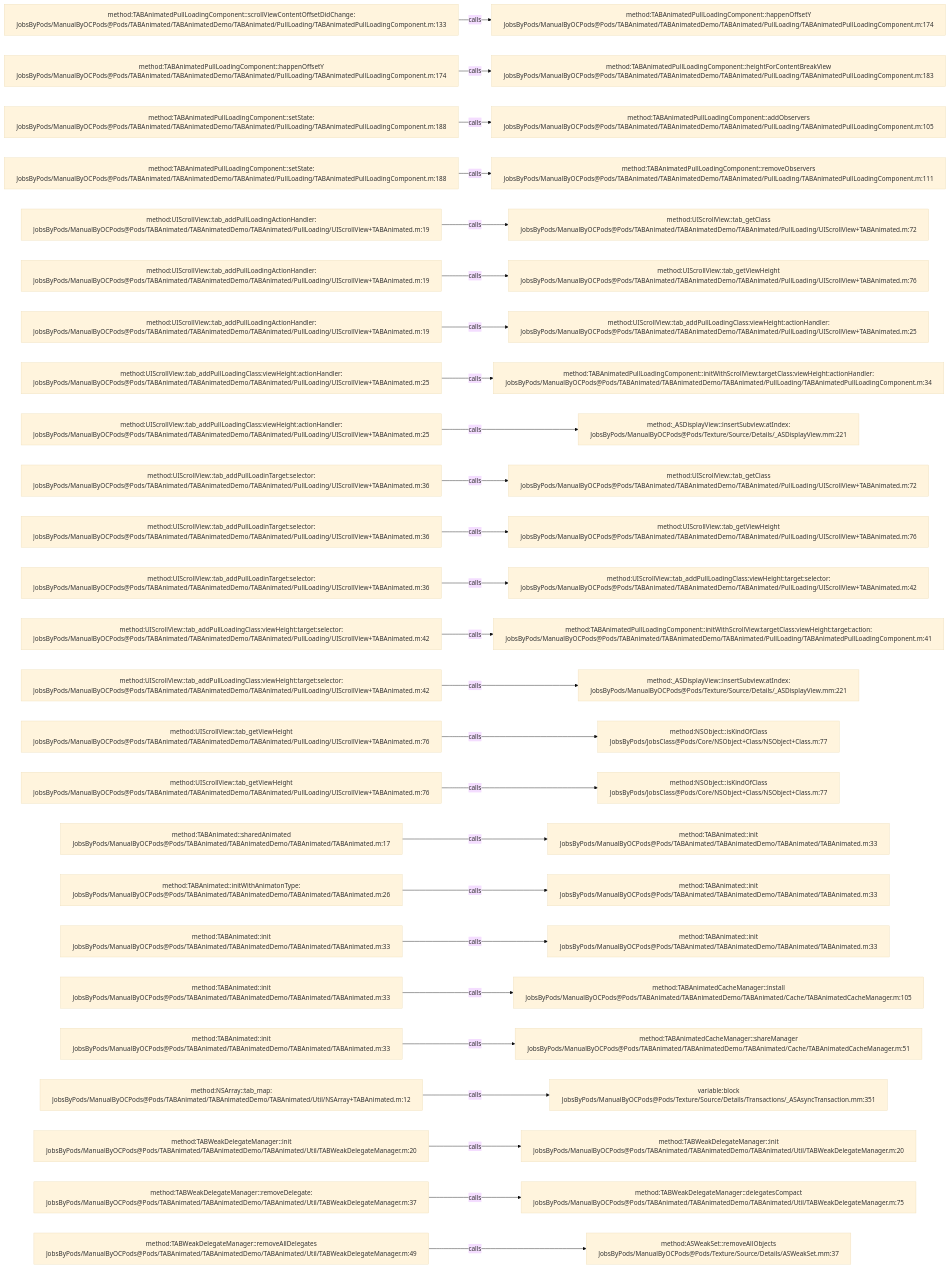
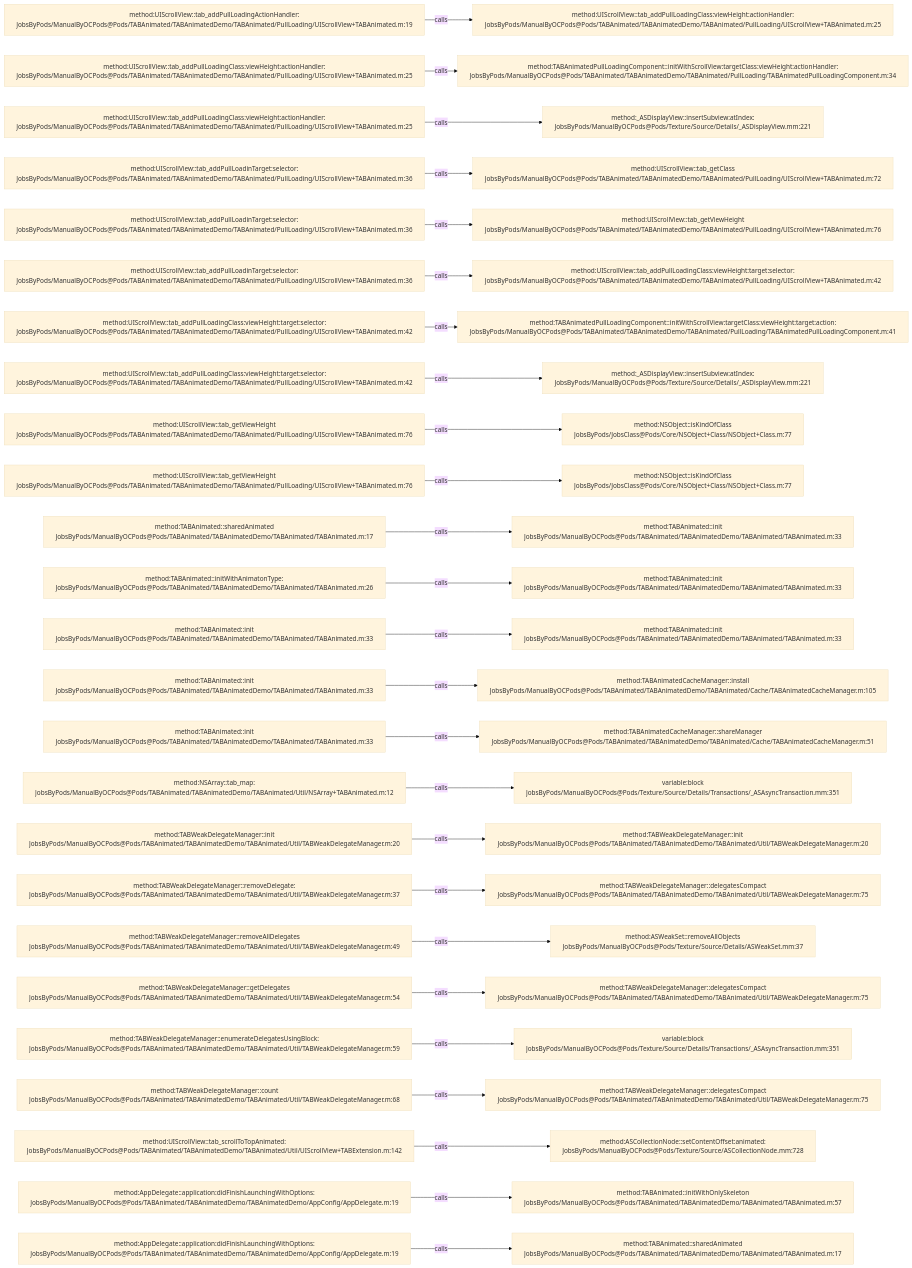
The diagram in .codegraph/codegraph.md/graphs/calls-031.md (JobsKits/JobsOCBaseConfigDemo), drawn with Mermaid (base theme) before and after one commit. The commit also changed 666 other files, not shown here.

````diff
--- a/.codegraph/codegraph.md/graphs/calls-031.md
+++ b/.codegraph/codegraph.md/graphs/calls-031.md
@@ -13,78 +13,78 @@
 ```mermaid
 flowchart LR
-  S1["method:TABAnimatedPullLoadingComponent::scrollViewContentOffsetDidChange:<br/>JobsByPods/ManualByOCPods@Pods/TABAnimated/TABAnimatedDemo/TABAnimated/PullLoading/TABAnimatedPullLoadingComponent.m:133"]
-  T1["method:TABAnimatedPullLoadingComponent::happenOffsetY<br/>JobsByPods/ManualByOCPods@Pods/TABAnimated/TABAnimatedDemo/TABAnimated/PullLoading/TABAnimatedPullLoadingComponent.m:174"]
+  S1["method:UIScrollView::tab_addPullLoadingActionHandler:<br/>JobsByPods/ManualByOCPods@Pods/TABAnimated/TABAnimatedDemo/TABAnimated/PullLoading/UIScrollView+TABAnimated.m:19"]
+  T1["method:UIScrollView::tab_addPullLoadingClass:viewHeight:actionHandler:<br/>JobsByPods/ManualByOCPods@Pods/TABAnimated/TABAnimatedDemo/TABAnimated/PullLoading/UIScrollView+TABAnimated.m:25"]
   S1 -->|calls| T1
-  S2["method:TABAnimatedPullLoadingComponent::happenOffsetY<br/>JobsByPods/ManualByOCPods@Pods/TABAnimated/TABAnimatedDemo/TABAnimated/PullLoading/TABAnimatedPullLoadingComponent.m:174"]
-  T2["method:TABAnimatedPullLoadingComponent::heightForContentBreakView<br/>JobsByPods/ManualByOCPods@Pods/TABAnimated/TABAnimatedDemo/TABAnimated/PullLoading/TABAnimatedPullLoadingComponent.m:183"]
+  S2["method:UIScrollView::tab_addPullLoadingClass:viewHeight:actionHandler:<br/>JobsByPods/ManualByOCPods@Pods/TABAnimated/TABAnimatedDemo/TABAnimated/PullLoading/UIScrollView+TABAnimated.m:25"]
+  T2["method:TABAnimatedPullLoadingComponent::initWithScrollView:targetClass:viewHeight:actionHandler:<br/>JobsByPods/ManualByOCPods@Pods/TABAnimated/TABAnimatedDemo/TABAnimated/PullLoading/TABAnimatedPullLoadingComponent.m:34"]
   S2 -->|calls| T2
-  S3["method:TABAnimatedPullLoadingComponent::setState:<br/>JobsByPods/ManualByOCPods@Pods/TABAnimated/TABAnimatedDemo/TABAnimated/PullLoading/TABAnimatedPullLoadingComponent.m:188"]
-  T3["method:TABAnimatedPullLoadingComponent::addObservers<br/>JobsByPods/ManualByOCPods@Pods/TABAnimated/TABAnimatedDemo/TABAnimated/PullLoading/TABAnimatedPullLoadingComponent.m:105"]
+  S3["method:UIScrollView::tab_addPullLoadingClass:viewHeight:actionHandler:<br/>JobsByPods/ManualByOCPods@Pods/TABAnimated/TABAnimatedDemo/TABAnimated/PullLoading/UIScrollView+TABAnimated.m:25"]
+  T3["method:_ASDisplayView::insertSubview:atIndex:<br/>JobsByPods/ManualByOCPods@Pods/Texture/Source/Details/_ASDisplayView.mm:221"]
   S3 -->|calls| T3
-  S4["method:TABAnimatedPullLoadingComponent::setState:<br/>JobsByPods/ManualByOCPods@Pods/TABAnimated/TABAnimatedDemo/TABAnimated/PullLoading/TABAnimatedPullLoadingComponent.m:188"]
-  T4["method:TABAnimatedPullLoadingComponent::removeObservers<br/>JobsByPods/ManualByOCPods@Pods/TABAnimated/TABAnimatedDemo/TABAnimated/PullLoading/TABAnimatedPullLoadingComponent.m:111"]
+  S4["method:UIScrollView::tab_addPullLoadinTarget:selector:<br/>JobsByPods/ManualByOCPods@Pods/TABAnimated/TABAnimatedDemo/TABAnimated/PullLoading/UIScrollView+TABAnimated.m:36"]
+  T4["method:UIScrollView::tab_getClass<br/>JobsByPods/ManualByOCPods@Pods/TABAnimated/TABAnimatedDemo/TABAnimated/PullLoading/UIScrollView+TABAnimated.m:72"]
   S4 -->|calls| T4
-  S5["method:UIScrollView::tab_addPullLoadingActionHandler:<br/>JobsByPods/ManualByOCPods@Pods/TABAnimated/TABAnimatedDemo/TABAnimated/PullLoading/UIScrollView+TABAnimated.m:19"]
-  T5["method:UIScrollView::tab_getClass<br/>JobsByPods/ManualByOCPods@Pods/TABAnimated/TABAnimatedDemo/TABAnimated/PullLoading/UIScrollView+TABAnimated.m:72"]
+  S5["method:UIScrollView::tab_addPullLoadinTarget:selector:<br/>JobsByPods/ManualByOCPods@Pods/TABAnimated/TABAnimatedDemo/TABAnimated/PullLoading/UIScrollView+TABAnimated.m:36"]
+  T5["method:UIScrollView::tab_getViewHeight<br/>JobsByPods/ManualByOCPods@Pods/TABAnimated/TABAnimatedDemo/TABAnimated/PullLoading/UIScrollView+TABAnimated.m:76"]
   S5 -->|calls| T5
-  S6["method:UIScrollView::tab_addPullLoadingActionHandler:<br/>JobsByPods/ManualByOCPods@Pods/TABAnimated/TABAnimatedDemo/TABAnimated/PullLoading/UIScrollView+TABAnimated.m:19"]
-  T6["method:UIScrollView::tab_getViewHeight<br/>JobsByPods/ManualByOCPods@Pods/TABAnimated/TABAnimatedDemo/TABAnimated/PullLoading/UIScrollView+TABAnimated.m:76"]
+  S6["method:UIScrollView::tab_addPullLoadinTarget:selector:<br/>JobsByPods/ManualByOCPods@Pods/TABAnimated/TABAnimatedDemo/TABAnimated/PullLoading/UIScrollView+TABAnimated.m:36"]
+  T6["method:UIScrollView::tab_addPullLoadingClass:viewHeight:target:selector:<br/>JobsByPods/ManualByOCPods@Pods/TABAnimated/TABAnimatedDemo/TABAnimated/PullLoading/UIScrollView+TABAnimated.m:42"]
   S6 -->|calls| T6
-  S7["method:UIScrollView::tab_addPullLoadingActionHandler:<br/>JobsByPods/ManualByOCPods@Pods/TABAnimated/TABAnimatedDemo/TABAnimated/PullLoading/UIScrollView+TABAnimated.m:19"]
-  T7["method:UIScrollView::tab_addPullLoadingClass:viewHeight:actionHandler:<br/>JobsByPods/ManualByOCPods@Pods/TABAnimated/TABAnimatedDemo/TABAnimated/PullLoading/UIScrollView+TABAnimated.m:25"]
+  S7["method:UIScrollView::tab_addPullLoadingClass:viewHeight:target:selector:<br/>JobsByPods/ManualByOCPods@Pods/TABAnimated/TABAnimatedDemo/TABAnimated/PullLoading/UIScrollView+TABAnimated.m:42"]
+  T7["method:TABAnimatedPullLoadingComponent::initWithScrollView:targetClass:viewHeight:target:action:<br/>JobsByPods/ManualByOCPods@Pods/TABAnimated/TABAnimatedDemo/TABAnimated/PullLoading/TABAnimatedPullLoadingComponent.m:41"]
   S7 -->|calls| T7
-  S8["method:UIScrollView::tab_addPullLoadingClass:viewHeight:actionHandler:<br/>JobsByPods/ManualByOCPods@Pods/TABAnimated/TABAnimatedDemo/TABAnimated/PullLoading/UIScrollView+TABAnimated.m:25"]
-  T8["method:TABAnimatedPullLoadingComponent::initWithScrollView:targetClass:viewHeight:actionHandler:<br/>JobsByPods/ManualByOCPods@Pods/TABAnimated/TABAnimatedDemo/TABAnimated/PullLoading/TABAnimatedPullLoadingComponent.m:34"]
+  S8["method:UIScrollView::tab_addPullLoadingClass:viewHeight:target:selector:<br/>JobsByPods/ManualByOCPods@Pods/TABAnimated/TABAnimatedDemo/TABAnimated/PullLoading/UIScrollView+TABAnimated.m:42"]
+  T8["method:_ASDisplayView::insertSubview:atIndex:<br/>JobsByPods/ManualByOCPods@Pods/Texture/Source/Details/_ASDisplayView.mm:221"]
   S8 -->|calls| T8
-  S9["method:UIScrollView::tab_addPullLoadingClass:viewHeight:actionHandler:<br/>JobsByPods/ManualByOCPods@Pods/TABAnimated/TABAnimatedDemo/TABAnimated/PullLoading/UIScrollView+TABAnimated.m:25"]
-  T9["method:_ASDisplayView::insertSubview:atIndex:<br/>JobsByPods/ManualByOCPods@Pods/Texture/Source/Details/_ASDisplayView.mm:221"]
+  S9["method:UIScrollView::tab_getViewHeight<br/>JobsByPods/ManualByOCPods@Pods/TABAnimated/TABAnimatedDemo/TABAnimated/PullLoading/UIScrollView+TABAnimated.m:76"]
+  T9["method:NSObject::isKindOfClass<br/>JobsByPods/JobsClass@Pods/Core/NSObject+Class/NSObject+Class.m:77"]
   S9 -->|calls| T9
-  S10["method:UIScrollView::tab_addPullLoadinTarget:selector:<br/>JobsByPods/ManualByOCPods@Pods/TABAnimated/TABAnimatedDemo/TABAnimated/PullLoading/UIScrollView+TABAnimated.m:36"]
-  T10["method:UIScrollView::tab_getClass<br/>JobsByPods/ManualByOCPods@Pods/TABAnimated/TABAnimatedDemo/TABAnimated/PullLoading/UIScrollView+TABAnimated.m:72"]
+  S10["method:UIScrollView::tab_getViewHeight<br/>JobsByPods/ManualByOCPods@Pods/TABAnimated/TABAnimatedDemo/TABAnimated/PullLoading/UIScrollView+TABAnimated.m:76"]
+  T10["method:NSObject::isKindOfClass<br/>JobsByPods/JobsClass@Pods/Core/NSObject+Class/NSObject+Class.m:77"]
   S10 -->|calls| T10
-  S11["method:UIScrollView::tab_addPullLoadinTarget:selector:<br/>JobsByPods/ManualByOCPods@Pods/TABAnimated/TABAnimatedDemo/TABAnimated/PullLoading/UIScrollView+TABAnimated.m:36"]
-  T11["method:UIScrollView::tab_getViewHeight<br/>JobsByPods/ManualByOCPods@Pods/TABAnimated/TABAnimatedDemo/TABAnimated/PullLoading/UIScrollView+TABAnimated.m:76"]
+  S11["method:TABAnimated::sharedAnimated<br/>JobsByPods/ManualByOCPods@Pods/TABAnimated/TABAnimatedDemo/TABAnimated/TABAnimated.m:17"]
+  T11["method:TABAnimated::init<br/>JobsByPods/ManualByOCPods@Pods/TABAnimated/TABAnimatedDemo/TABAnimated/TABAnimated.m:33"]
   S11 -->|calls| T11
-  S12["method:UIScrollView::tab_addPullLoadinTarget:selector:<br/>JobsByPods/ManualByOCPods@Pods/TABAnimated/TABAnimatedDemo/TABAnimated/PullLoading/UIScrollView+TABAnimated.m:36"]
-  T12["method:UIScrollView::tab_addPullLoadingClass:viewHeight:target:selector:<br/>JobsByPods/ManualByOCPods@Pods/TABAnimated/TABAnimatedDemo/TABAnimated/PullLoading/UIScrollView+TABAnimated.m:42"]
+  S12["method:TABAnimated::initWithAnimatonType:<br/>JobsByPods/ManualByOCPods@Pods/TABAnimated/TABAnimatedDemo/TABAnimated/TABAnimated.m:26"]
+  T12["method:TABAnimated::init<br/>JobsByPods/ManualByOCPods@Pods/TABAnimated/TABAnimatedDemo/TABAnimated/TABAnimated.m:33"]
   S12 -->|calls| T12
-  S13["method:UIScrollView::tab_addPullLoadingClass:viewHeight:target:selector:<br/>JobsByPods/ManualByOCPods@Pods/TABAnimated/TABAnimatedDemo/TABAnimated/PullLoading/UIScrollView+TABAnimated.m:42"]
-  T13["method:TABAnimatedPullLoadingComponent::initWithScrollView:targetClass:viewHeight:target:action:<br/>JobsByPods/ManualByOCPods@Pods/TABAnimated/TABAnimatedDemo/TABAnimated/PullLoading/TABAnimatedPullLoadingComponent.m:41"]
+  S13["method:TABAnimated::init<br/>JobsByPods/ManualByOCPods@Pods/TABAnimated/TABAnimatedDemo/TABAnimated/TABAnimated.m:33"]
+  T13["method:TABAnimated::init<br/>JobsByPods/ManualByOCPods@Pods/TABAnimated/TABAnimatedDemo/TABAnimated/TABAnimated.m:33"]
   S13 -->|calls| T13
-  S14["method:UIScrollView::tab_addPullLoadingClass:viewHeight:target:selector:<br/>JobsByPods/ManualByOCPods@Pods/TABAnimated/TABAnimatedDemo/TABAnimated/PullLoading/UIScrollView+TABAnimated.m:42"]
-  T14["method:_ASDisplayView::insertSubview:atIndex:<br/>JobsByPods/ManualByOCPods@Pods/Texture/Source/Details/_ASDisplayView.mm:221"]
+  S14["method:TABAnimated::init<br/>JobsByPods/ManualByOCPods@Pods/TABAnimated/TABAnimatedDemo/TABAnimated/TABAnimated.m:33"]
+  T14["method:TABAnimatedCacheManager::install<br/>JobsByPods/ManualByOCPods@Pods/TABAnimated/TABAnimatedDemo/TABAnimated/Cache/TABAnimatedCacheManager.m:105"]
   S14 -->|calls| T14
-  S15["method:UIScrollView::tab_getViewHeight<br/>JobsByPods/ManualByOCPods@Pods/TABAnimated/TABAnimatedDemo/TABAnimated/PullLoading/UIScrollView+TABAnimated.m:76"]
-  T15["method:NSObject::isKindOfClass<br/>JobsByPods/JobsClass@Pods/Core/NSObject+Class/NSObject+Class.m:77"]
+  S15["method:TABAnimated::init<br/>JobsByPods/ManualByOCPods@Pods/TABAnimated/TABAnimatedDemo/TABAnimated/TABAnimated.m:33"]
+  T15["method:TABAnimatedCacheManager::shareManager<br/>JobsByPods/ManualByOCPods@Pods/TABAnimated/TABAnimatedDemo/TABAnimated/Cache/TABAnimatedCacheManager.m:51"]
   S15 -->|calls| T15
-  S16["method:UIScrollView::tab_getViewHeight<br/>JobsByPods/ManualByOCPods@Pods/TABAnimated/TABAnimatedDemo/TABAnimated/PullLoading/UIScrollView+TABAnimated.m:76"]
-  T16["method:NSObject::isKindOfClass<br/>JobsByPods/JobsClass@Pods/Core/NSObject+Class/NSObject+Class.m:77"]
+  S16["method:NSArray::tab_map:<br/>JobsByPods/ManualByOCPods@Pods/TABAnimated/TABAnimatedDemo/TABAnimated/Util/NSArray+TABAnimated.m:12"]
+  T16["variable:block<br/>JobsByPods/ManualByOCPods@Pods/Texture/Source/Details/Transactions/_ASAsyncTransaction.mm:351"]
   S16 -->|calls| T16
-  S17["method:TABAnimated::sharedAnimated<br/>JobsByPods/ManualByOCPods@Pods/TABAnimated/TABAnimatedDemo/TABAnimated/TABAnimated.m:17"]
-  T17["method:TABAnimated::init<br/>JobsByPods/ManualByOCPods@Pods/TABAnimated/TABAnimatedDemo/TABAnimated/TABAnimated.m:33"]
+  S17["method:TABWeakDelegateManager::init<br/>JobsByPods/ManualByOCPods@Pods/TABAnimated/TABAnimatedDemo/TABAnimated/Util/TABWeakDelegateManager.m:20"]
+  T17["method:TABWeakDelegateManager::init<br/>JobsByPods/ManualByOCPods@Pods/TABAnimated/TABAnimatedDemo/TABAnimated/Util/TABWeakDelegateManager.m:20"]
   S17 -->|calls| T17
-  S18["method:TABAnimated::initWithAnimatonType:<br/>JobsByPods/ManualByOCPods@Pods/TABAnimated/TABAnimatedDemo/TABAnimated/TABAnimated.m:26"]
-  T18["method:TABAnimated::init<br/>JobsByPods/ManualByOCPods@Pods/TABAnimated/TABAnimatedDemo/TABAnimated/TABAnimated.m:33"]
+  S18["method:TABWeakDelegateManager::removeDelegate:<br/>JobsByPods/ManualByOCPods@Pods/TABAnimated/TABAnimatedDemo/TABAnimated/Util/TABWeakDelegateManager.m:37"]
+  T18["method:TABWeakDelegateManager::delegatesCompact<br/>JobsByPods/ManualByOCPods@Pods/TABAnimated/TABAnimatedDemo/TABAnimated/Util/TABWeakDelegateManager.m:75"]
   S18 -->|calls| T18
-  S19["method:TABAnimated::init<br/>JobsByPods/ManualByOCPods@Pods/TABAnimated/TABAnimatedDemo/TABAnimated/TABAnimated.m:33"]
-  T19["method:TABAnimated::init<br/>JobsByPods/ManualByOCPods@Pods/TABAnimated/TABAnimatedDemo/TABAnimated/TABAnimated.m:33"]
+  S19["method:TABWeakDelegateManager::removeAllDelegates<br/>JobsByPods/ManualByOCPods@Pods/TABAnimated/TABAnimatedDemo/TABAnimated/Util/TABWeakDelegateManager.m:49"]
+  T19["method:ASWeakSet::removeAllObjects<br/>JobsByPods/ManualByOCPods@Pods/Texture/Source/Details/ASWeakSet.mm:37"]
   S19 -->|calls| T19
-  S20["method:TABAnimated::init<br/>JobsByPods/ManualByOCPods@Pods/TABAnimated/TABAnimatedDemo/TABAnimated/TABAnimated.m:33"]
-  T20["method:TABAnimatedCacheManager::install<br/>JobsByPods/ManualByOCPods@Pods/TABAnimated/TABAnimatedDemo/TABAnimated/Cache/TABAnimatedCacheManager.m:105"]
+  S20["method:TABWeakDelegateManager::getDelegates<br/>JobsByPods/ManualByOCPods@Pods/TABAnimated/TABAnimatedDemo/TABAnimated/Util/TABWeakDelegateManager.m:54"]
+  T20["method:TABWeakDelegateManager::delegatesCompact<br/>JobsByPods/ManualByOCPods@Pods/TABAnimated/TABAnimatedDemo/TABAnimated/Util/TABWeakDelegateManager.m:75"]
   S20 -->|calls| T20
-  S21["method:TABAnimated::init<br/>JobsByPods/ManualByOCPods@Pods/TABAnimated/TABAnimatedDemo/TABAnimated/TABAnimated.m:33"]
-  T21["method:TABAnimatedCacheManager::shareManager<br/>JobsByPods/ManualByOCPods@Pods/TABAnimated/TABAnimatedDemo/TABAnimated/Cache/TABAnimatedCacheManager.m:51"]
+  S21["method:TABWeakDelegateManager::enumerateDelegatesUsingBlock:<br/>JobsByPods/ManualByOCPods@Pods/TABAnimated/TABAnimatedDemo/TABAnimated/Util/TABWeakDelegateManager.m:59"]
+  T21["variable:block<br/>JobsByPods/ManualByOCPods@Pods/Texture/Source/Details/Transactions/_ASAsyncTransaction.mm:351"]
   S21 -->|calls| T21
-  S22["method:NSArray::tab_map:<br/>JobsByPods/ManualByOCPods@Pods/TABAnimated/TABAnimatedDemo/TABAnimated/Util/NSArray+TABAnimated.m:12"]
-  T22["variable:block<br/>JobsByPods/ManualByOCPods@Pods/Texture/Source/Details/Transactions/_ASAsyncTransaction.mm:351"]
+  S22["method:TABWeakDelegateManager::count<br/>JobsByPods/ManualByOCPods@Pods/TABAnimated/TABAnimatedDemo/TABAnimated/Util/TABWeakDelegateManager.m:68"]
+  T22["method:TABWeakDelegateManager::delegatesCompact<br/>JobsByPods/ManualByOCPods@Pods/TABAnimated/TABAnimatedDemo/TABAnimated/Util/TABWeakDelegateManager.m:75"]
   S22 -->|calls| T22
-  S23["method:TABWeakDelegateManager::init<br/>JobsByPods/ManualByOCPods@Pods/TABAnimated/TABAnimatedDemo/TABAnimated/Util/TABWeakDelegateManager.m:20"]
-  T23["method:TABWeakDelegateManager::init<br/>JobsByPods/ManualByOCPods@Pods/TABAnimated/TABAnimatedDemo/TABAnimated/Util/TABWeakDelegateManager.m:20"]
+  S23["method:UIScrollView::tab_scrollToTopAnimated:<br/>JobsByPods/ManualByOCPods@Pods/TABAnimated/TABAnimatedDemo/TABAnimated/Util/UIScrollView+TABExtension.m:142"]
+  T23["method:ASCollectionNode::setContentOffset:animated:<br/>JobsByPods/ManualByOCPods@Pods/Texture/Source/ASCollectionNode.mm:728"]
   S23 -->|calls| T23
-  S24["method:TABWeakDelegateManager::removeDelegate:<br/>JobsByPods/ManualByOCPods@Pods/TABAnimated/TABAnimatedDemo/TABAnimated/Util/TABWeakDelegateManager.m:37"]
-  T24["method:TABWeakDelegateManager::delegatesCompact<br/>JobsByPods/ManualByOCPods@Pods/TABAnimated/TABAnimatedDemo/TABAnimated/Util/TABWeakDelegateManager.m:75"]
+  S24["method:AppDelegate::application:didFinishLaunchingWithOptions:<br/>JobsByPods/ManualByOCPods@Pods/TABAnimated/TABAnimatedDemo/TABAnimatedDemo/AppConfig/AppDelegate.m:19"]
+  T24["method:TABAnimated::initWithOnlySkeleton<br/>JobsByPods/ManualByOCPods@Pods/TABAnimated/TABAnimatedDemo/TABAnimated/TABAnimated.m:57"]
   S24 -->|calls| T24
-  S25["method:TABWeakDelegateManager::removeAllDelegates<br/>JobsByPods/ManualByOCPods@Pods/TABAnimated/TABAnimatedDemo/TABAnimated/Util/TABWeakDelegateManager.m:49"]
-  T25["method:ASWeakSet::removeAllObjects<br/>JobsByPods/ManualByOCPods@Pods/Texture/Source/Details/ASWeakSet.mm:37"]
+  S25["method:AppDelegate::application:didFinishLaunchingWithOptions:<br/>JobsByPods/ManualByOCPods@Pods/TABAnimated/TABAnimatedDemo/TABAnimatedDemo/AppConfig/AppDelegate.m:19"]
+  T25["method:TABAnimated::sharedAnimated<br/>JobsByPods/ManualByOCPods@Pods/TABAnimated/TABAnimatedDemo/TABAnimated/TABAnimated.m:17"]
   S25 -->|calls| T25
 ```
````
